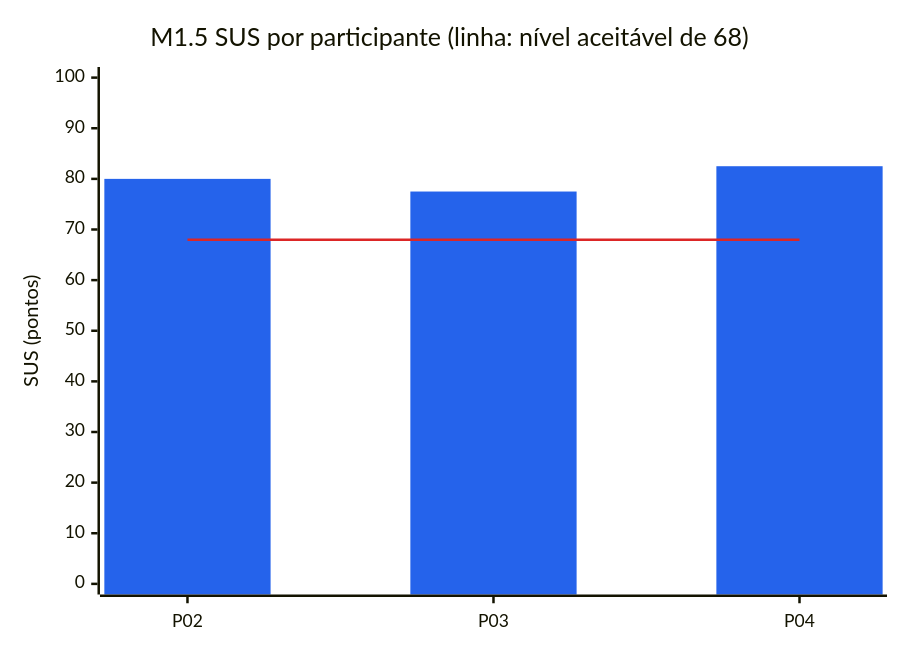
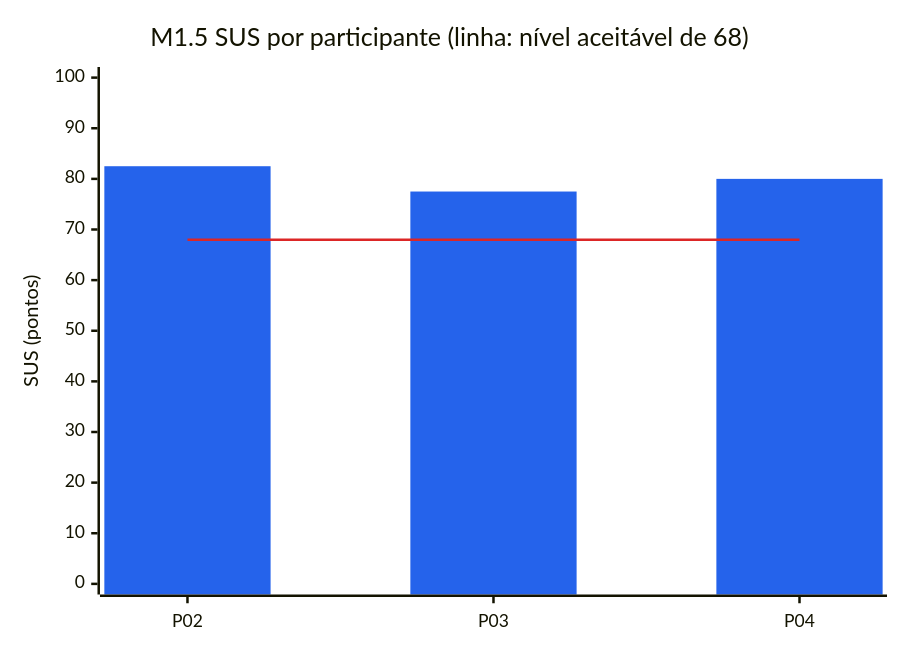
One commit to FCTE-Qualidade-de-Software-1/2026-2_T01_FRANS_BILAS changed the diagram in documentation/snippets/avaliacao/m15-sus.mmd. Above: the diagram before and after it, drawn with Mermaid. The commit also changed 10 other files, not shown here.

```diff
--- a/documentation/snippets/avaliacao/m15-sus.mmd
+++ b/documentation/snippets/avaliacao/m15-sus.mmd
@@ -1,7 +1,7 @@
 %%{init: {"themeVariables": {"xyChart": {"plotColorPalette": "#2563eb, #dc2626"}}}}%%
 xychart-beta
     title "M1.5 SUS por participante (linha: nível aceitável de 68)"
     x-axis ["P02", "P03", "P04"]
     y-axis "SUS (pontos)" 0 --> 100
-    bar [80.0, 77.5, 82.5]
+    bar [82.5, 77.5, 80.0]
     line [68.0, 68.0, 68.0]
```
